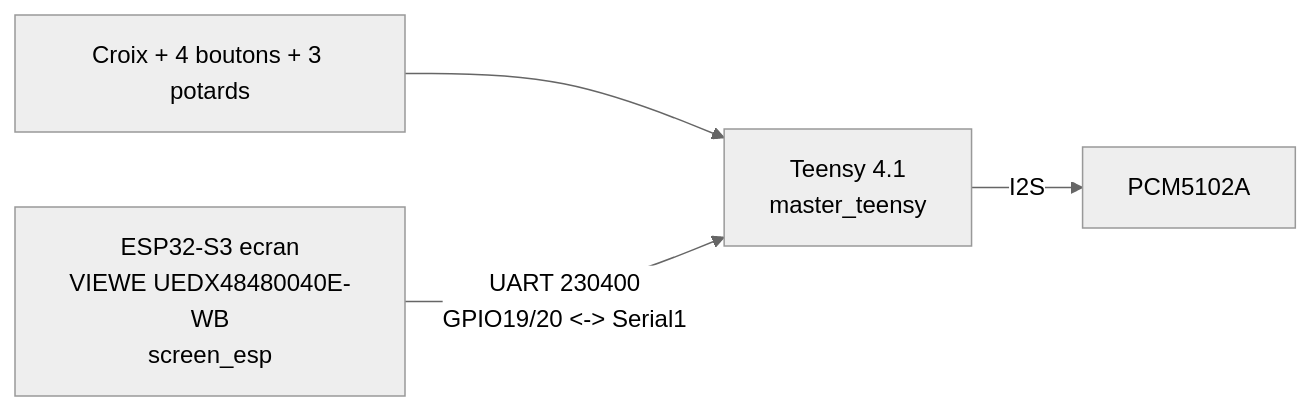
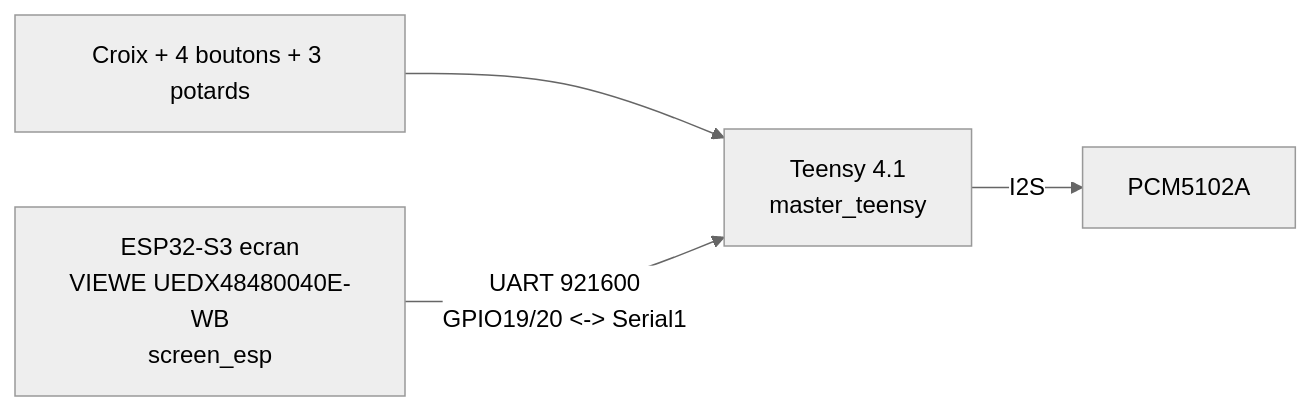
One commit to propann/L-AZ-2 changed the diagram in docs/AZ2_CABLAGE_MASTER.md. Above: the diagram before and after it, drawn with Mermaid (neutral theme). The commit also changed other lines of this file and 1989 other files, not shown here.

````diff
--- a/docs/AZ2_CABLAGE_MASTER.md
+++ b/docs/AZ2_CABLAGE_MASTER.md
@@ -65,6 +63,6 @@
 ```mermaid
 flowchart LR
     NAV[Croix + 4 boutons + 3 potards] --> TEENSY[Teensy 4.1\nmaster_teensy]
     TEENSY -- I2S --> DAC[PCM5102A]
-    ESP[ESP32-S3 ecran\nVIEWE UEDX48480040E-WB\nscreen_esp] -- UART 230400\nGPIO19/20 <-> Serial1 --> TEENSY
+    ESP[ESP32-S3 ecran\nVIEWE UEDX48480040E-WB\nscreen_esp] -- UART 921600\nGPIO19/20 <-> Serial1 --> TEENSY
 ```
````
